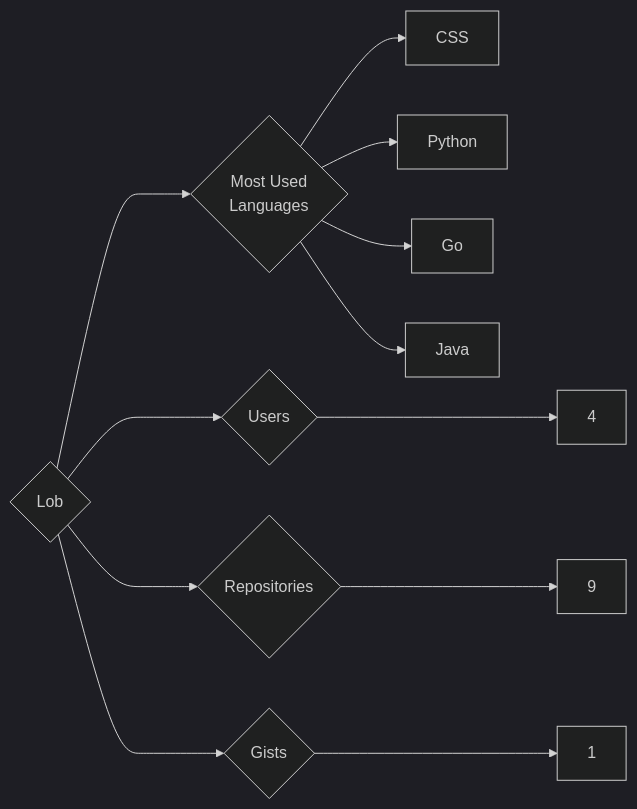
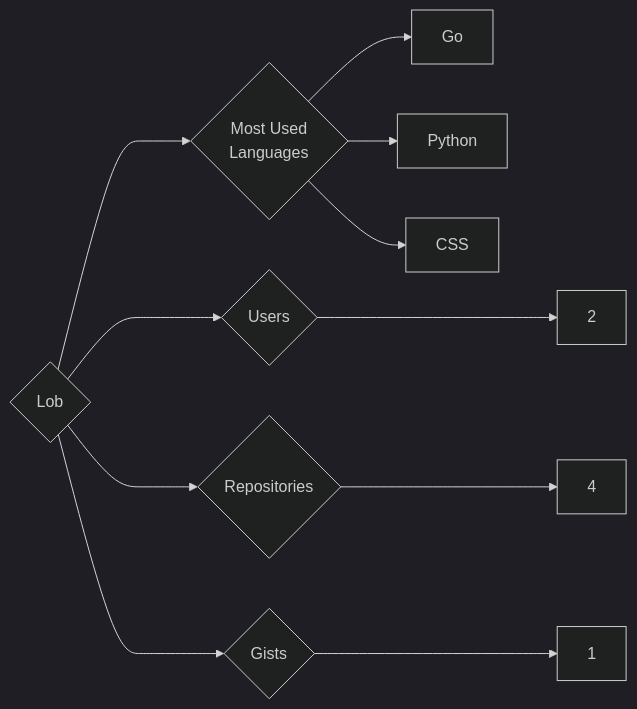
The diagram in targets/Lob/README.md (trickest/insiders), drawn with Mermaid (dark theme) before and after one commit. The commit also changed 809 other files, not shown here.

````diff
--- a/targets/Lob/README.md
+++ b/targets/Lob/README.md
@@ -3,12 +3,11 @@
 ```mermaid
 graph LR
 COMPANY_NAME{Lob}
-COMPANY_NAME ---> U{Users} ---> UN[4]
-COMPANY_NAME ---> R{Repositories} ---> RN[9]
+COMPANY_NAME ---> U{Users} ---> UN[2]
+COMPANY_NAME ---> R{Repositories} ---> RN[4]
 COMPANY_NAME ---> G{Gists} ---> GN[1]
 COMPANY_NAME ---> ML{Most Used<br>Languages}
+ML --> Go[Go]
+ML --> Python[Python]
 ML --> CSS[CSS]
-ML --> Python[Python]
-ML --> Go[Go]
-ML --> Java[Java]
 ```
````
